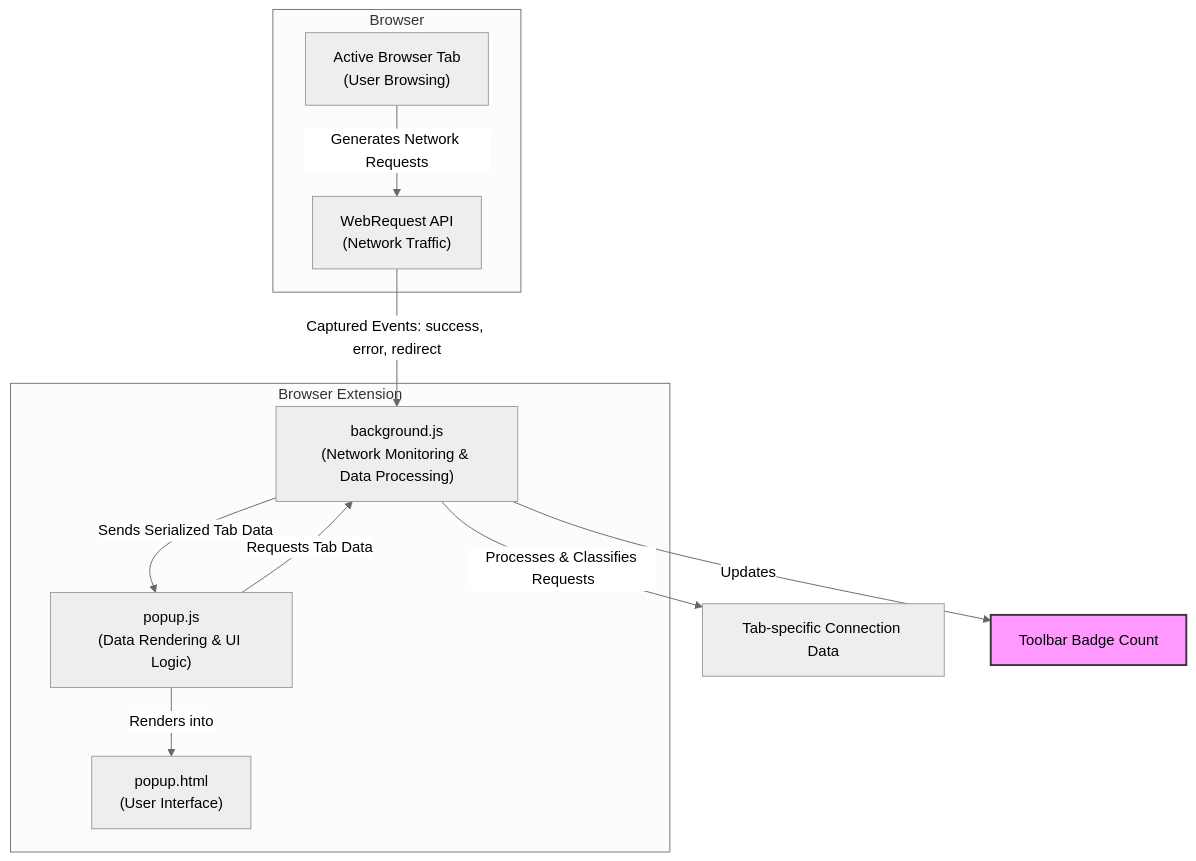
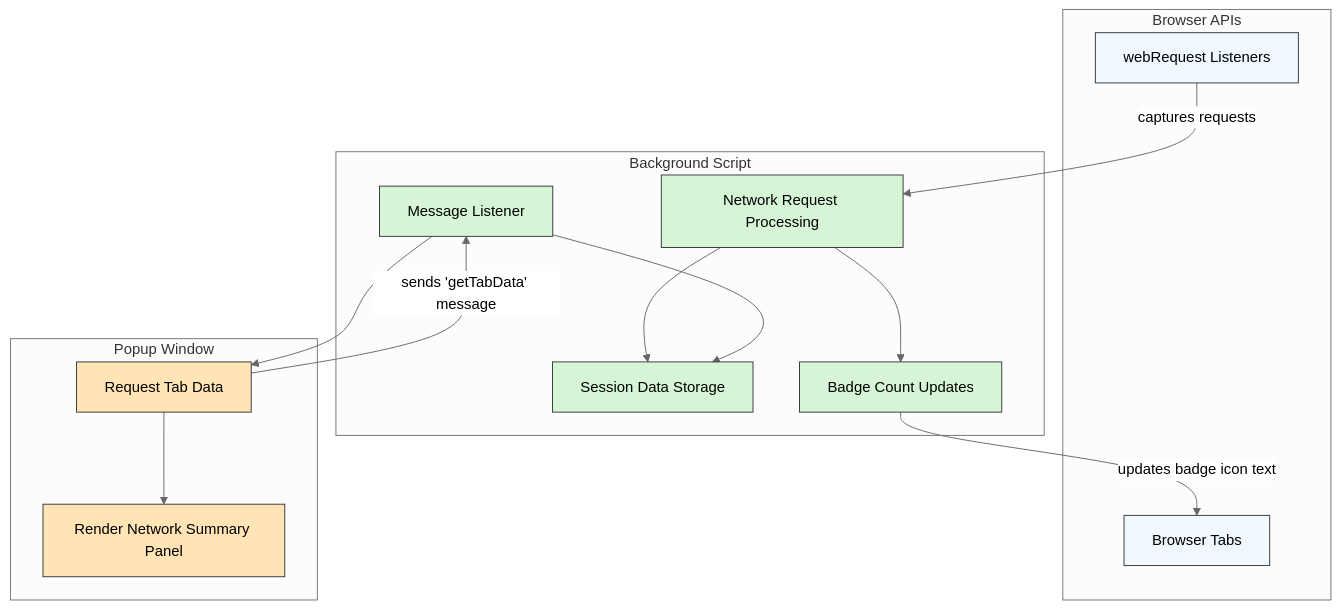
The diagram in overview/core-concepts-architecture/system-architecture-overview.mdx (clidey/docucod-public-project-adf15a81-508f-4f0d-9083-12549e1f66a0), drawn with Mermaid (neutral theme) before and after one commit. The commit also changed other lines of this file and 18 other files, not shown here.

````diff
--- a/overview/core-concepts-architecture/system-architecture-overview.mdx
+++ b/overview/core-concepts-architecture/system-architecture-overview.mdx
@@ -52,29 +24,38 @@
 ```mermaid
 flowchart TD
 
-    subgraph Browser Extension
+  subgraph Browser APIs
+    WEBREQ["webRequest Listeners"]
+    TABS["Browser Tabs"]
+  end
 
-    BkgJS["background.js\n(Network Monitoring & Data Processing)"]
-    PopupJS["popup.js\n(Data Rendering & UI Logic)"]
-    PopupHTML["popup.html\n(User Interface)"]
+  subgraph BackgroundScript["Background Script"]
+    SESSION["Session Data Storage"]
+    PROCESS["Network Request Processing"]
+    BADGE["Badge Count Updates"]
+    MSG["Message Listener"]
+  end
 
-    end
+  subgraph PopupUI["Popup Window"]
+    REQUEST["Request Tab Data"]
+    RENDER["Render Network Summary Panel"]
+  end
 
-    subgraph Browser
+  WEBREQ -->|captures requests| PROCESS
+  PROCESS --> SESSION
+  PROCESS --> BADGE
+  BADGE -->|updates badge icon text| TABS
 
-    UserTab["Active Browser Tab\n(User Browsing)"]
-    Network["WebRequest API\n(Network Traffic)"]
+  REQUEST -->|sends 'getTabData' message| MSG
+  MSG --> SESSION
+  MSG --> REQUEST
+  REQUEST --> RENDER
 
-    end
+  classDef browserApi fill:#f0f8ff,stroke:#333,stroke-width:1px;
+  classDef bgScript fill:#d6f5d6,stroke:#333,stroke-width:1px;
+  classDef popup fill:#ffe4b5,stroke:#333,stroke-width:1px;
 
-    UserTab -->|Generates Network Requests| Network
-    Network -->|Captured Events: success, error, redirect| BkgJS
-    BkgJS -->|Processes & Classifies Requests| TabData["Tab-specific Connection Data"]
-    BkgJS -->|Updates| ToolbarBadge["Toolbar Badge Count"]
-    PopupJS -->|Requests Tab Data| BkgJS
-    BkgJS -->|Sends Serialized Tab Data| PopupJS
-    PopupJS -->|Renders into| PopupHTML
-
-    style ToolbarBadge fill:#f9f,stroke:#333,stroke-width:2px
-
+  class WEBREQ,TABS browserApi;
+  class SESSION,PROCESS,BADGE,MSG bgScript;
+  class REQUEST,RENDER popup;
 ```
````
